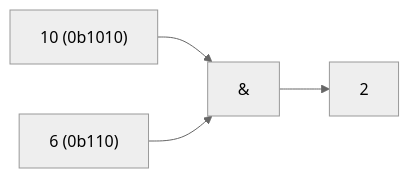
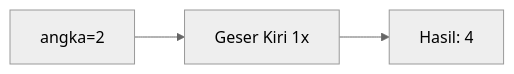
One commit to amnahwaida/OSNK_INF_PREP changed diagram 14 of 25 in part-c-pemahaman-cpp/06-bitwise/latihan/set-05.md. Above: the diagram before and after it, drawn with Mermaid (neutral theme). The commit also changed other lines of this file and 71 other files, not shown here.

````diff
--- a/part-c-pemahaman-cpp/06-bitwise/latihan/set-05.md
+++ b/part-c-pemahaman-cpp/06-bitwise/latihan/set-05.md
@@ -367,6 +374,5 @@
 ```mermaid
 graph LR
-A["10 (0b1010)"] --> C["&"]
-B["6 (0b110)"] --> C
-C --> D["2"]
+A["angka=2"] --> B["Geser Kiri 1x"]
+B --> C["Hasil: 4"]
 ```
````
